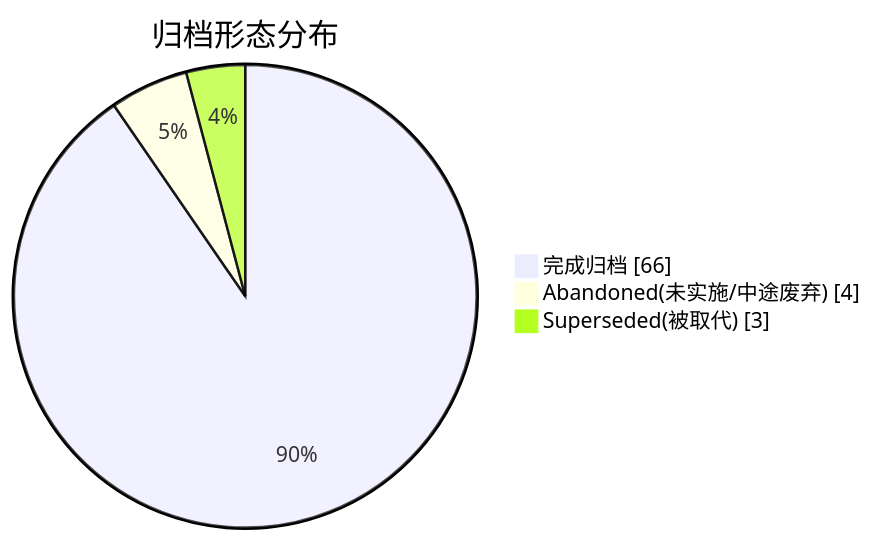
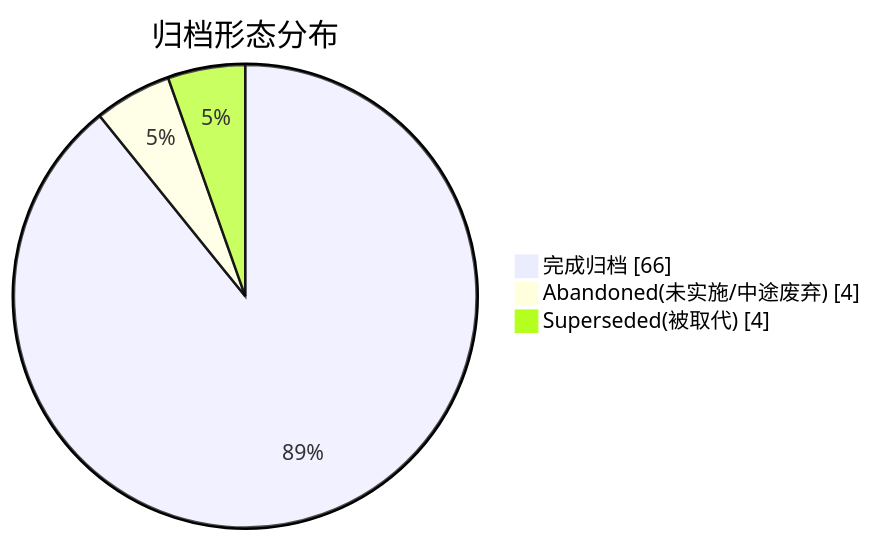
One commit to golddream-y/obsidian-ratel changed the second of 2 diagrams in docs/superpowers/ARCHIVE.md. Above: the diagram before and after it, drawn with Mermaid. The commit also changed other lines of this file and 6 other files, not shown here.

````diff
--- a/docs/superpowers/ARCHIVE.md
+++ b/docs/superpowers/ARCHIVE.md
@@ -24,6 +24,6 @@
 ```mermaid
 pie showData title 归档形态分布
     "完成归档" : 66
     "Abandoned(未实施/中途废弃)" : 4
-    "Superseded(被取代)" : 3
+    "Superseded(被取代)" : 4
 ```
````
